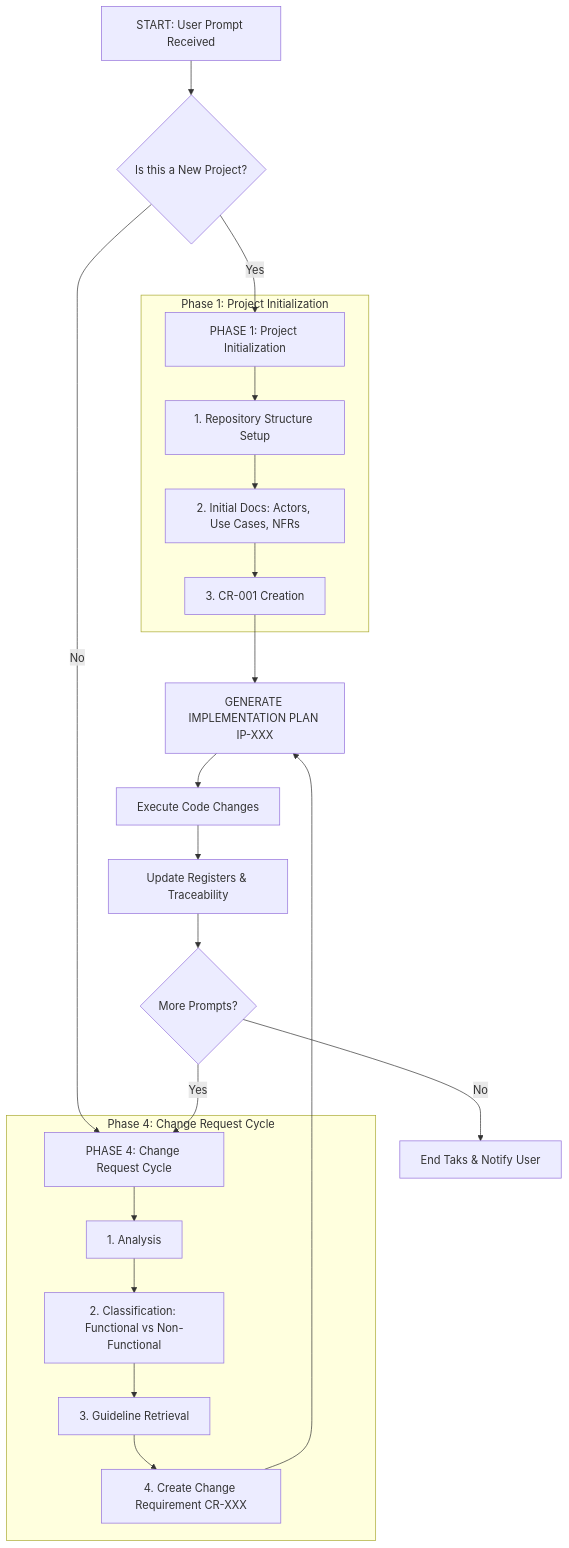
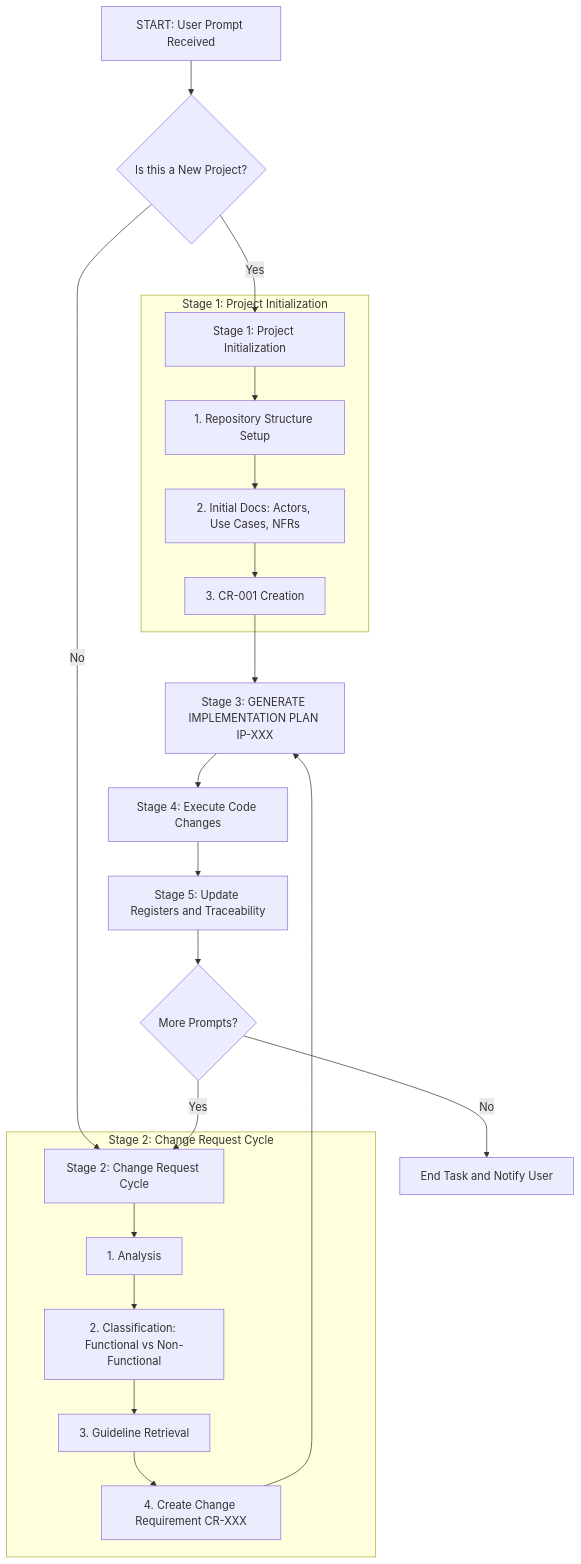
Before and after one commit to hugolvc/agentic-software-engineering-framework: the diagram in 01_agent_based_software_engineering_process_decription/01_04_process_workflow.md, drawn with Mermaid. The commit also changed other lines of this file and 9 other files, not shown here.

````diff
--- a/01_agent_based_software_engineering_process_decription/01_04_process_workflow.md
+++ b/01_agent_based_software_engineering_process_decription/01_04_process_workflow.md
@@ -26,30 +28,27 @@
 ```mermaid
 flowchart TD
     A[START: User Prompt Received] --> B{Is this a New Project?}
-    B -- Yes --> C[PHASE 1: Project Initialization]
-    B -- No --> D[PHASE 4: Change Request Cycle]
+    B -- Yes --> C[Stage 1: Project Initialization]
+    B -- No --> D[Stage 2: Change Request Cycle]
 
-    %% Phase 1: Initialization
-    subgraph Phase 1: Project Initialization
+    subgraph S1["Stage 1: Project Initialization"]
     C --> C1[1. Repository Structure Setup]
     C1 --> C2[2. Initial Docs: Actors, Use Cases, NFRs]
     C2 --> C3[3. CR-001 Creation]
     end
     C3 --> E
 
-    %% Phase 4: Change Cycle
-    subgraph Phase 4: Change Request Cycle
+    subgraph S2["Stage 2: Change Request Cycle"]
     D --> D1[1. Analysis <thought_process>]
     D1 --> D2[2. Classification: Functional vs Non-Functional]
     D2 --> D3[3. Guideline Retrieval]
     D3 --> D4[4. Create Change Requirement CR-XXX]
     end
     D4 --> E
 
-    %% Execution
-    E[GENERATE IMPLEMENTATION PLAN IP-XXX] --> F[Execute Code Changes]
-    F --> G[Update Registers & Traceability]
+    E[Stage 3: GENERATE IMPLEMENTATION PLAN IP-XXX] --> F[Stage 4: Execute Code Changes]
+    F --> G[Stage 5: Update Registers and Traceability]
     G --> H{More Prompts?}
     H -- Yes --> D
-    H -- No --> I[End Taks & Notify User]
+    H -- No --> I[End Task and Notify User]
 ```
````
